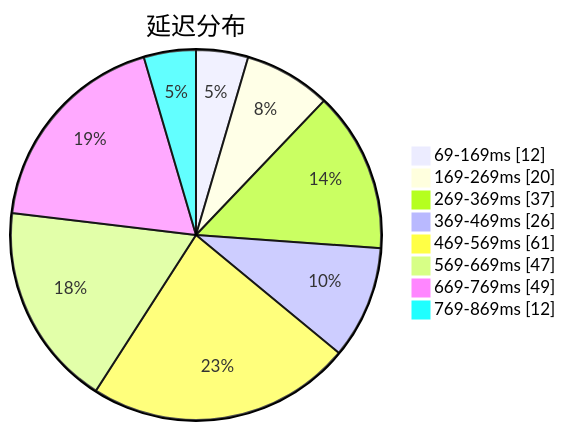
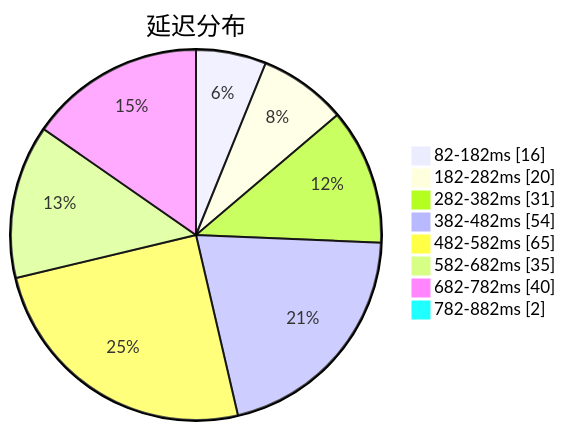
Before and after one commit to sinspired/airport: the first of 3 diagrams in subs/statistics/tested_within.md, drawn with Mermaid. The commit also changed other lines of this file and 2 other files, not shown here.

````diff
--- a/subs/statistics/tested_within.md
+++ b/subs/statistics/tested_within.md
@@ -2,12 +2,12 @@
 ```mermaid
 pie showData
 title 延迟分布
-"69-169ms" : 12
-"169-269ms" : 20
-"269-369ms" : 37
-"369-469ms" : 26
-"469-569ms" : 61
-"569-669ms" : 47
-"669-769ms" : 49
-"769-869ms" : 12
+"82-182ms" : 16
+"182-282ms" : 20
+"282-382ms" : 31
+"382-482ms" : 54
+"482-582ms" : 65
+"582-682ms" : 35
+"682-782ms" : 40
+"782-882ms" : 2
 ```
````
